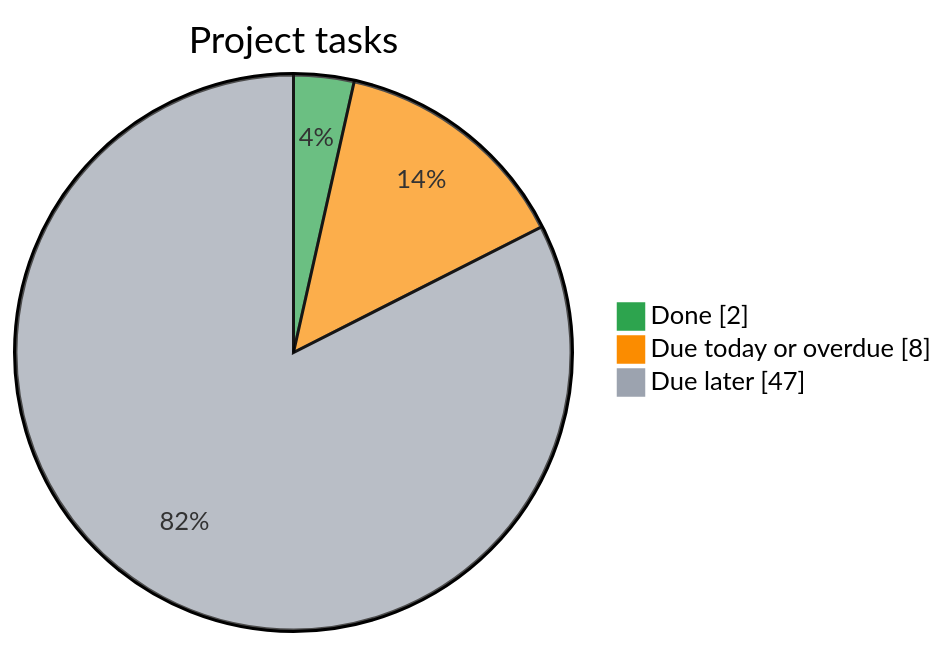
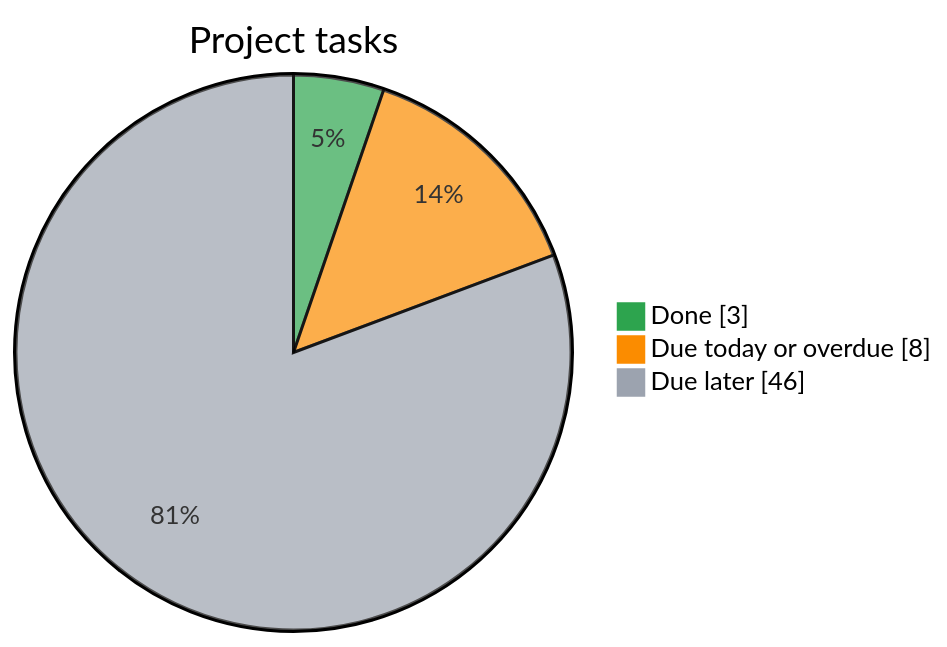
Before and after one commit to Kr1sKros/IKT466-Corporate-Bankruptcy-Predictor: the diagram in README.md, drawn with Mermaid. The commit also changed other lines of this file, not shown here.

Commit message:
docs: refresh task dashboard

````diff
--- a/README.md
+++ b/README.md
@@ -8,8 +8,8 @@
 ```mermaid
 %%{init: {"themeVariables": {"pie1": "#2da44e", "pie2": "#fb8c00", "pie3": "#9ca3af"}}}%%
 pie showData
     title Project tasks
-    "Done" : 2
+    "Done" : 3
     "Due today or overdue" : 8
-    "Due later" : 47
+    "Due later" : 46
 ```
````
